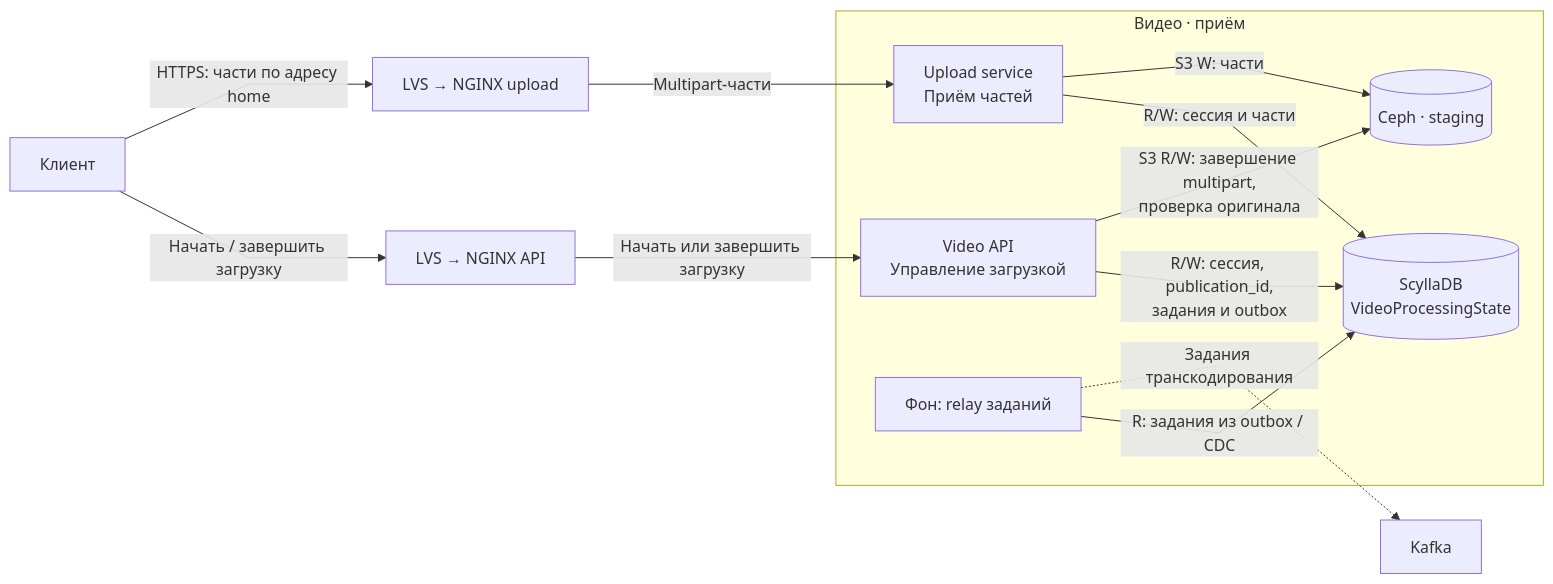
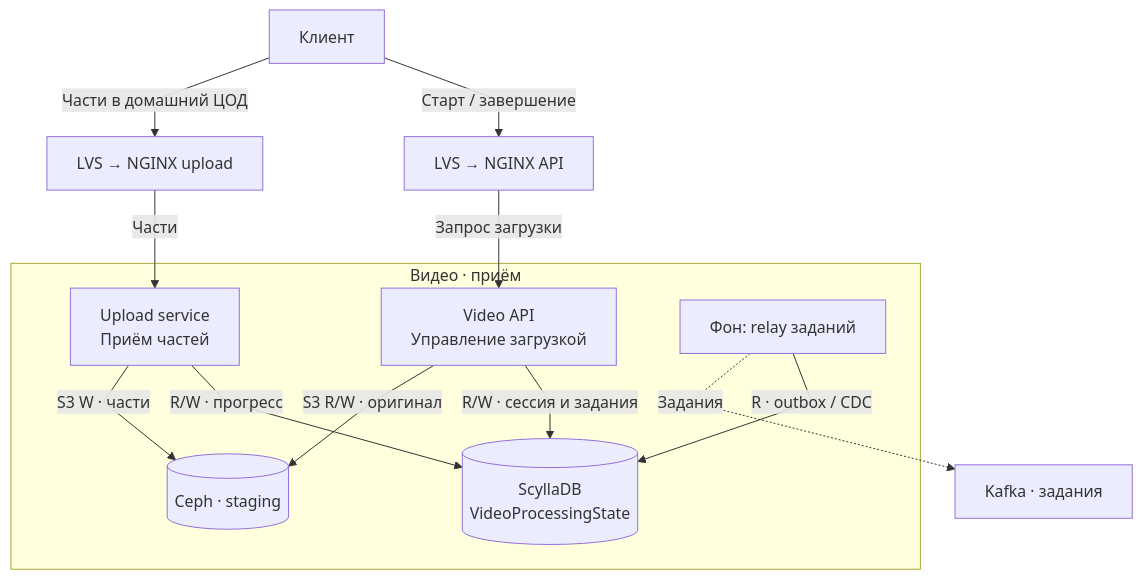
Before and after one commit to pavel-ladygin/highload_tp: diagram 11 of 15 in README.md, drawn with Mermaid. The commit also changed other lines of this file, not shown here.

````diff
--- a/README.md
+++ b/README.md
@@ -905,21 +904,21 @@
 ```mermaid
 %%{init: {"flowchart": {"curve": "linear"}}}%%
-flowchart LR
-    C["Клиент"] -->|"Начать / завершить загрузку"| API["LVS → NGINX API"]
-    C -->|"HTTPS: части по адресу home"| UP["LVS → NGINX upload"]
+flowchart TB
+    C["Клиент"] -->|"Старт / завершение"| API["LVS → NGINX API"]
+    C -->|"Части в домашний ЦОД"| UP["LVS → NGINX upload"]
     subgraph VIDEO["Видео · приём"]
         A["Video API<br/>Управление загрузкой"]
         U["Upload service<br/>Приём частей"]
         DB[("ScyllaDB<br/>VideoProcessingState")]
         M[("Ceph · staging")]
         REL["Фон: relay заданий"]
-        A -->|"R/W: сессия, publication_id,<br/>задания и outbox"| DB
-        U -->|"R/W: сессия и части"| DB
-        U -->|"S3 W: части"| M
-        A -->|"S3 R/W: завершение multipart,<br/>проверка оригинала"| M
-        REL -->|"R: задания из outbox / CDC"| DB
+        A -->|"R/W · сессия и задания"| DB
+        U -->|"R/W · прогресс"| DB
+        U -->|"S3 W · части"| M
+        A -->|"S3 R/W · оригинал"| M
+        REL -->|"R · outbox / CDC"| DB
     end
-    API -->|"Начать или завершить загрузку"| A
-    UP -->|"Multipart-части"| U
-    REL -. "Задания транскодирования" .-> K["Kafka"]
+    API -->|"Запрос загрузки"| A
+    UP -->|"Части"| U
+    REL -. "Задания" .-> K["Kafka · задания"]
 ```
````
